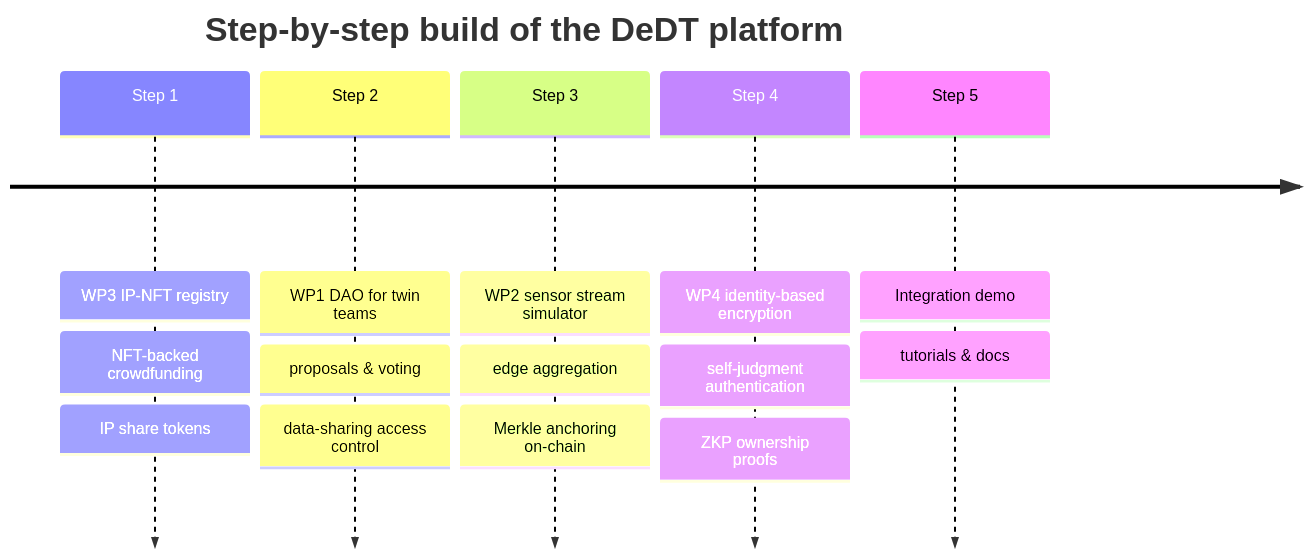
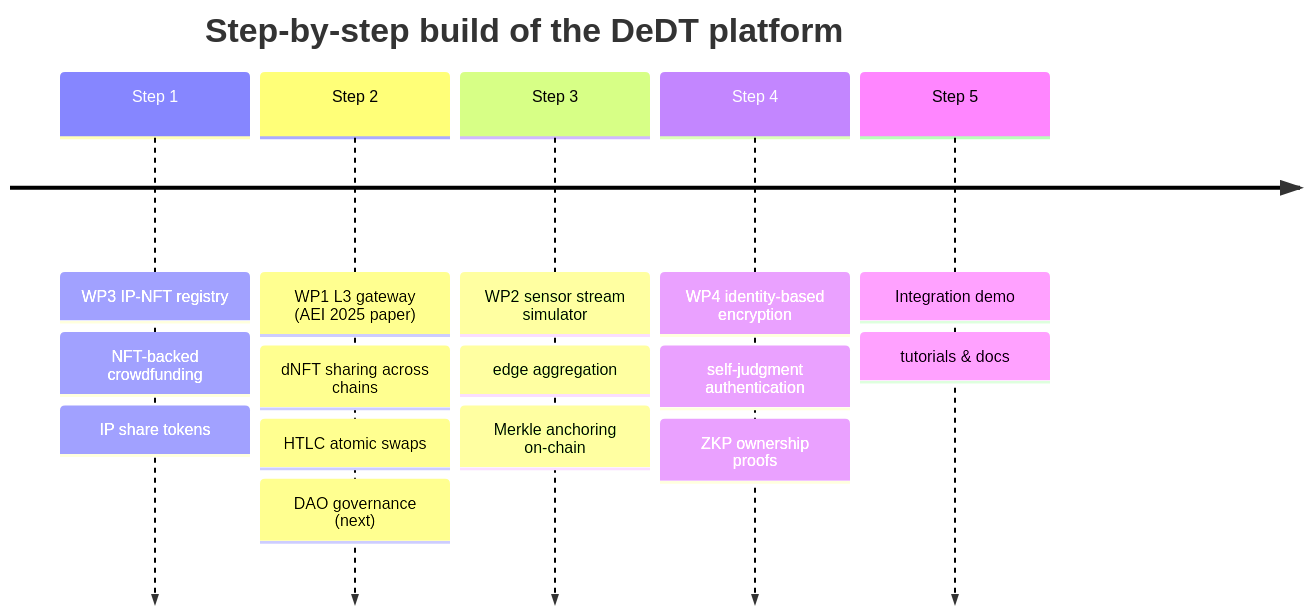
The second of 2 diagrams in README.md (smhbamakan/DeDT-platform), drawn with Mermaid before and after one commit. The commit also changed other lines of this file and 30 other files, not shown here.

````diff
--- a/README.md
+++ b/README.md
@@ -69,9 +70,9 @@
 ```mermaid
 timeline
     title Step-by-step build of the DeDT platform
     Step 1 : WP3 IP-NFT registry : NFT-backed crowdfunding : IP share tokens
-    Step 2 : WP1 DAO for twin teams : proposals & voting : data-sharing access control
+    Step 2 : WP1 L3 gateway (AEI 2025 paper) : dNFT sharing across chains : HTLC atomic swaps : DAO governance (next)
     Step 3 : WP2 sensor stream simulator : edge aggregation : Merkle anchoring on-chain
     Step 4 : WP4 identity-based encryption : self-judgment authentication : ZKP ownership proofs
     Step 5 : Integration demo : tutorials & docs
 ```
````
